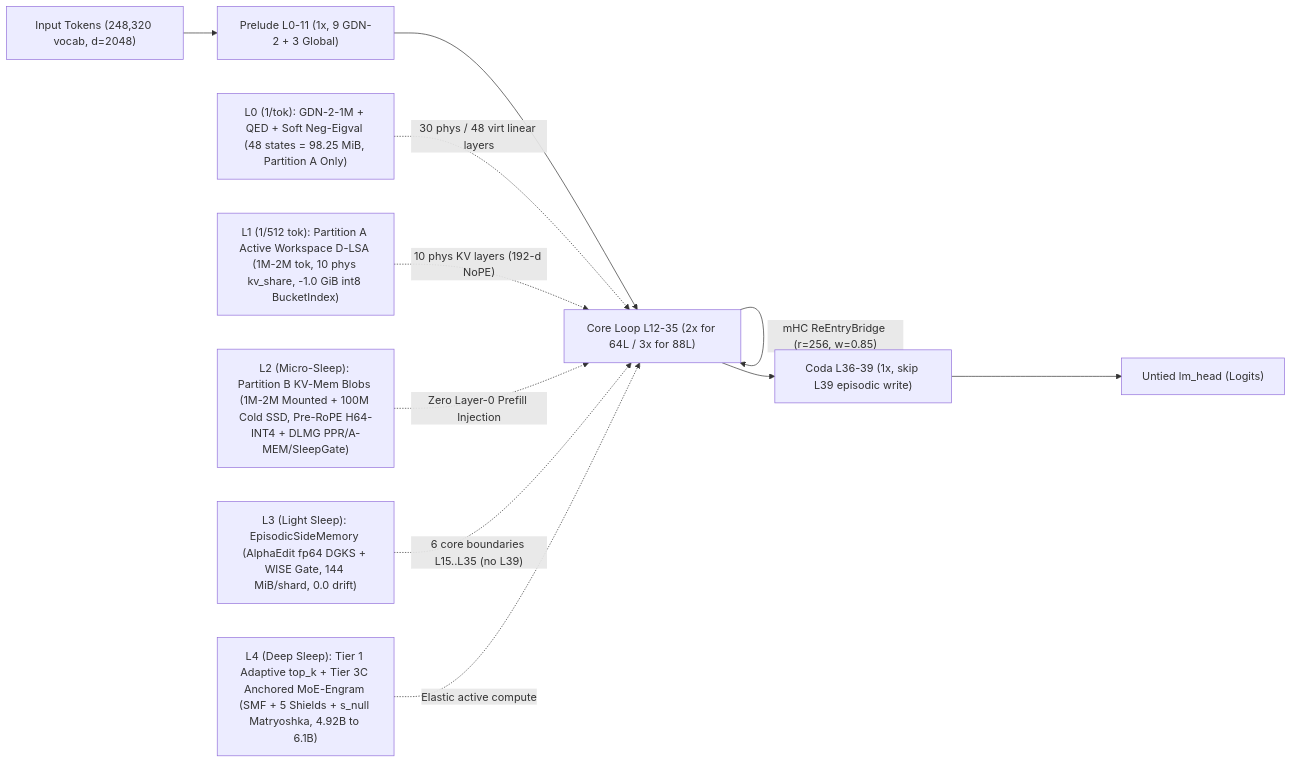
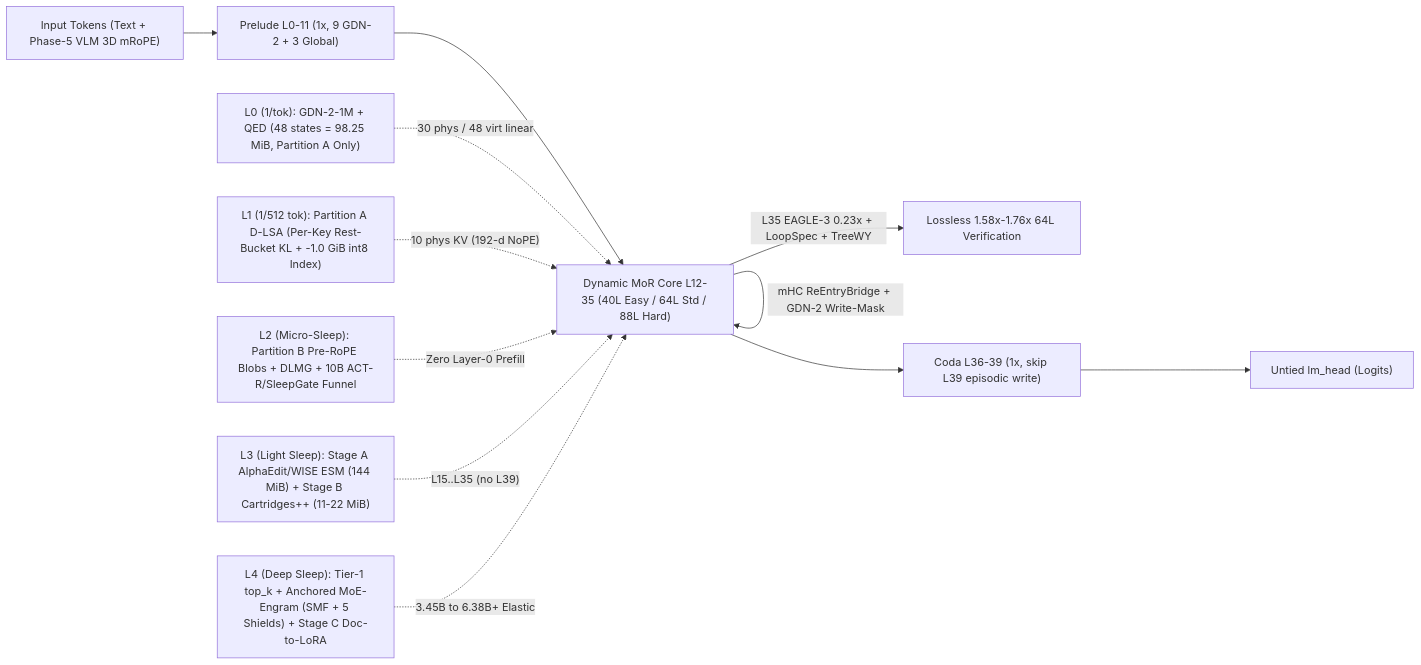
One commit to BaiTian6641/Qwen3.6-35B-A3B-Loop60 changed the diagram in docs/ROADMAP_NEXTGEN_LOOP64_COMEM.md. Above: the diagram before and after it, drawn with Mermaid. The commit also changed other lines of this file and 3 other files, not shown here.

Commit message:
docs(proposal,grant,roadmap): publish v2.0 LSA-NL, dynamic compute/mid-flight drafting, 10B funnel, and consumer <=24GB profiles

````diff
--- a/docs/ROADMAP_NEXTGEN_LOOP64_COMEM.md
+++ b/docs/ROADMAP_NEXTGEN_LOOP64_COMEM.md
@@ -94,14 +92,15 @@
 ```mermaid
 flowchart LR
-    IN["Input Tokens (248,320 vocab, d=2048)"] --> PRE["Prelude L0-11 (1x, 9 GDN-2 + 3 Global)"]
-    PRE --> CORE["Core Loop L12-35 (2x for 64L / 3x for 88L)"]
-    CORE -- "mHC ReEntryBridge (r=256, w=0.85)" --> CORE
+    IN["Input Tokens (Text + Phase-5 VLM 3D mRoPE)"] --> PRE["Prelude L0-11 (1x, 9 GDN-2 + 3 Global)"]
+    PRE --> CORE["Dynamic MoR Core L12-35 (40L Easy / 64L Std / 88L Hard)"]
+    CORE -- "mHC ReEntryBridge + GDN-2 Write-Mask" --> CORE
+    CORE -- "L35 EAGLE-3 0.23x + LoopSpec + TreeWY" --> DRAFT["Lossless 1.58x-1.76x 64L Verification"]
     CORE --> CODA["Coda L36-39 (1x, skip L39 episodic write)"]
     CODA --> OUT["Untied lm_head (Logits)"]
 
-    L0["L0 (1/tok): GDN-2-1M + QED + Soft Neg-Eigval (48 states = 98.25 MiB, Partition A Only)"] -. "30 phys / 48 virt linear layers" .-> CORE
-    L1["L1 (1/512 tok): Partition A Active Workspace D-LSA (1M-2M tok, 10 phys kv_share, -1.0 GiB int8 BucketIndex)"] -. "10 phys KV layers (192-d NoPE)" .-> CORE
-    L2["L2 (Micro-Sleep): Partition B KV-Mem Blobs (1M-2M Mounted + 100M Cold SSD, Pre-RoPE H64-INT4 + DLMG PPR/A-MEM/SleepGate)"] -. "Zero Layer-0 Prefill Injection" .-> CORE
-    L3["L3 (Light Sleep): EpisodicSideMemory (AlphaEdit fp64 DGKS + WISE Gate, 144 MiB/shard, 0.0 drift)"] -. "6 core boundaries L15..L35 (no L39)" .-> CORE
-    L4["L4 (Deep Sleep): Tier 1 Adaptive top_k + Tier 3C Anchored MoE-Engram (SMF + 5 Shields + s_null Matryoshka, 4.92B to 6.1B)"] -. "Elastic active compute" .-> CORE
+    L0["L0 (1/tok): GDN-2-1M + QED (48 states = 98.25 MiB, Partition A Only)"] -. "30 phys / 48 virt linear" .-> CORE
+    L1["L1 (1/512 tok): Partition A D-LSA (Per-Key Rest-Bucket KL + -1.0 GiB int8 Index)"] -. "10 phys KV (192-d NoPE)" .-> CORE
+    L2["L2 (Micro-Sleep): Partition B Pre-RoPE Blobs + DLMG + 10B ACT-R/SleepGate Funnel"] -. "Zero Layer-0 Prefill" .-> CORE
+    L3["L3 (Light Sleep): Stage A AlphaEdit/WISE ESM (144 MiB) + Stage B Cartridges++ (11-22 MiB)"] -. "L15..L35 (no L39)" .-> CORE
+    L4["L4 (Deep Sleep): Tier-1 top_k + Anchored MoE-Engram (SMF + 5 Shields) + Stage C Doc-to-LoRA"] -. "3.45B to 6.38B+ Elastic" .-> CORE
 ```
````
